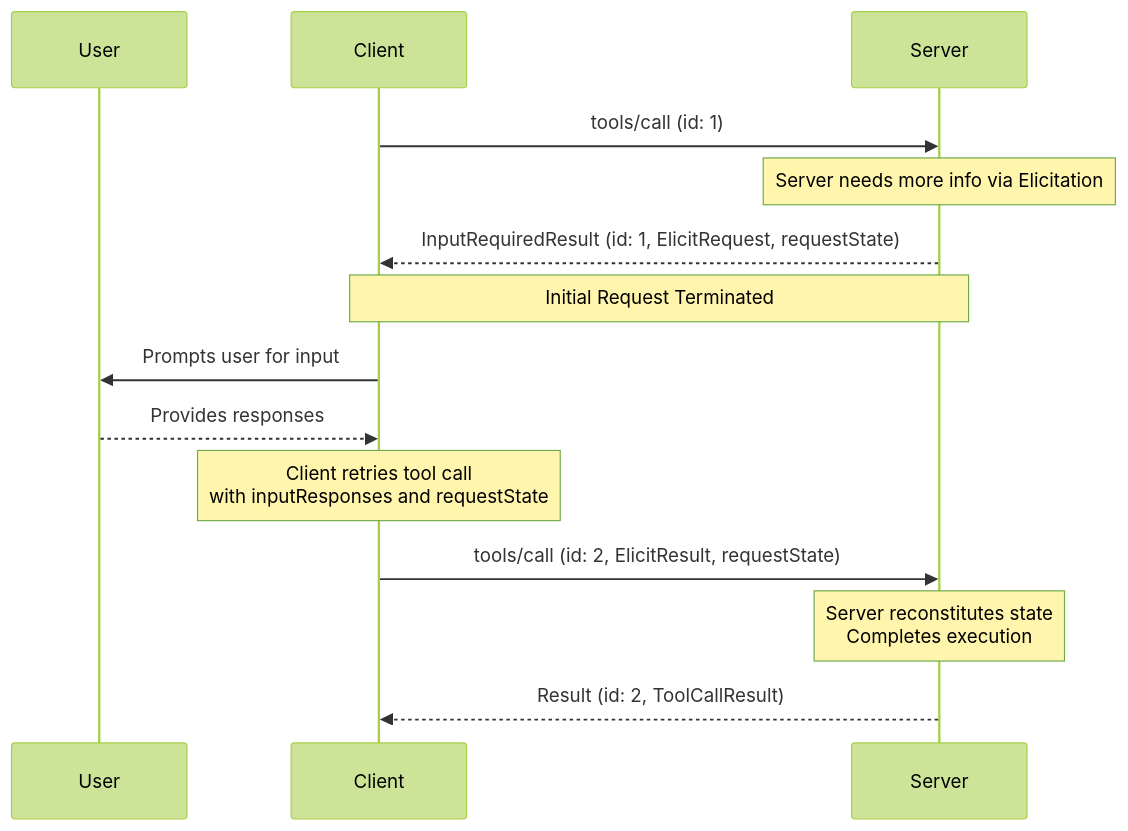
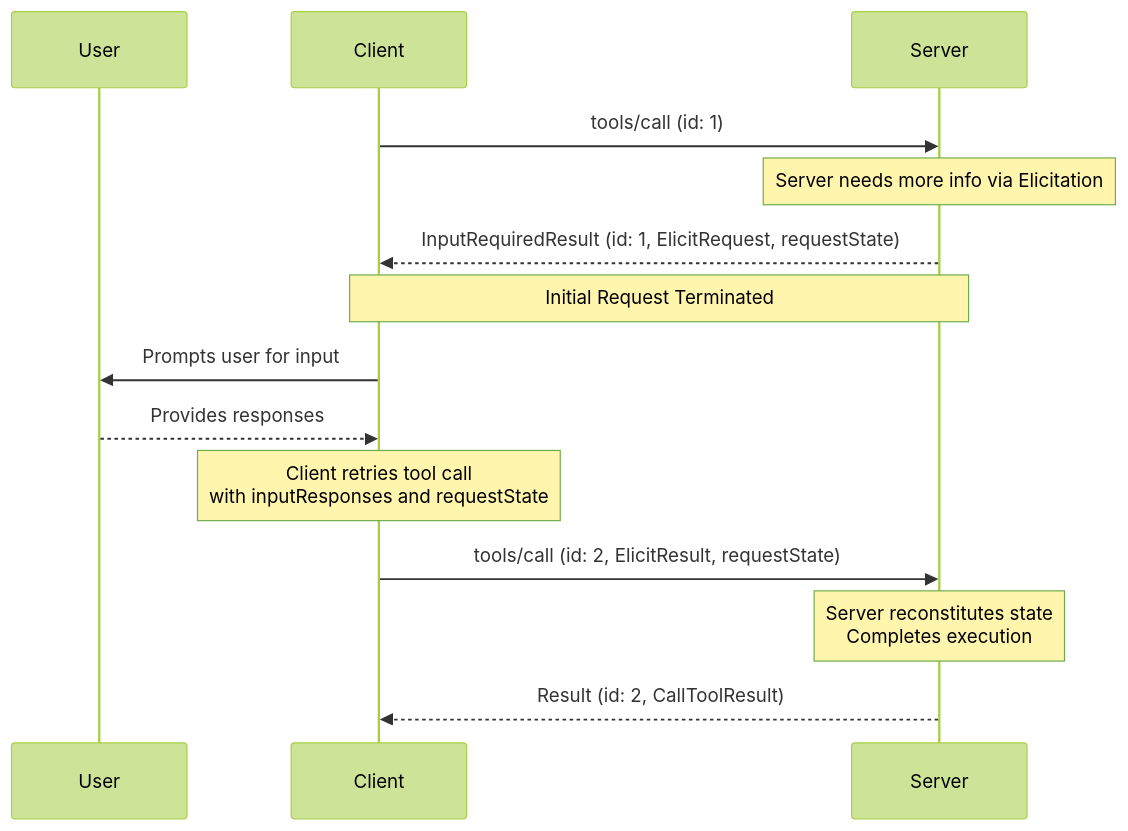
Before and after one commit to Eyre921/ofiicial-developer-docs: the second of 2 diagrams in agent-frameworks/mcp/pages/specification/2026-07-28/basic/patterns/mrtr.md, drawn with Mermaid (forest theme). The commit also changed other lines of this file and 751 other files, not shown here.

````diff
--- a/agent-frameworks/mcp/pages/specification/2026-07-28/basic/patterns/mrtr.md
+++ b/agent-frameworks/mcp/pages/specification/2026-07-28/basic/patterns/mrtr.md
@@ -202,18 +202,18 @@
 ```mermaid theme={null}
 sequenceDiagram
     participant U as User
     participant C as Client
     participant S as Server
     C->>S: tools/call (id: 1)
     note over S: Server needs more info via Elicitation
     S-->>C: InputRequiredResult (id: 1, ElicitRequest, requestState)
     note over C,S: Initial Request Terminated
 
     C->>U: Prompts user for input
     U-->>C: Provides responses
 
     note over C: Client retries tool call <br/> with inputResponses and requestState
     C->>S: tools/call (id: 2, ElicitResult, requestState)
     note over S: Server reconstitutes state<br/>Completes execution
-    S-->>C: Result (id: 2, ToolCallResult)
+    S-->>C: Result (id: 2, CallToolResult)
 ```
````
